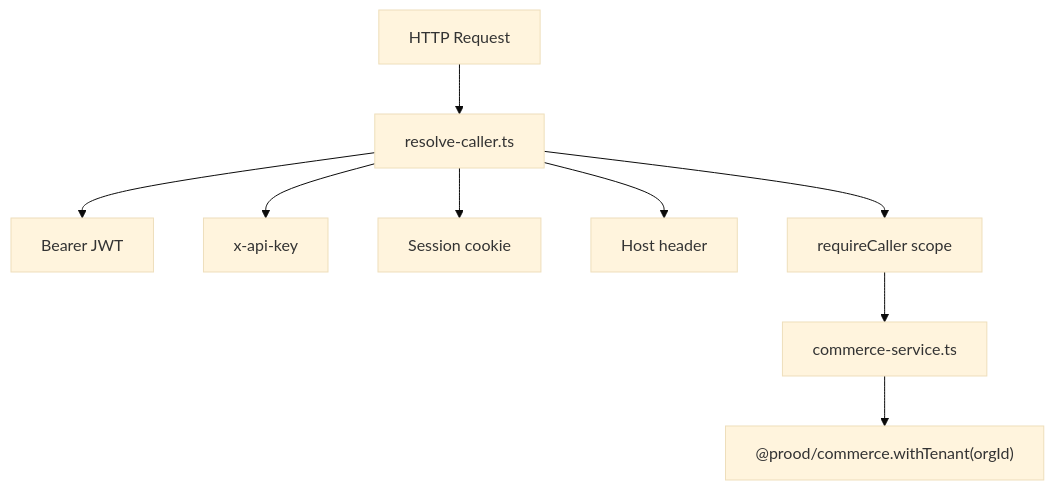
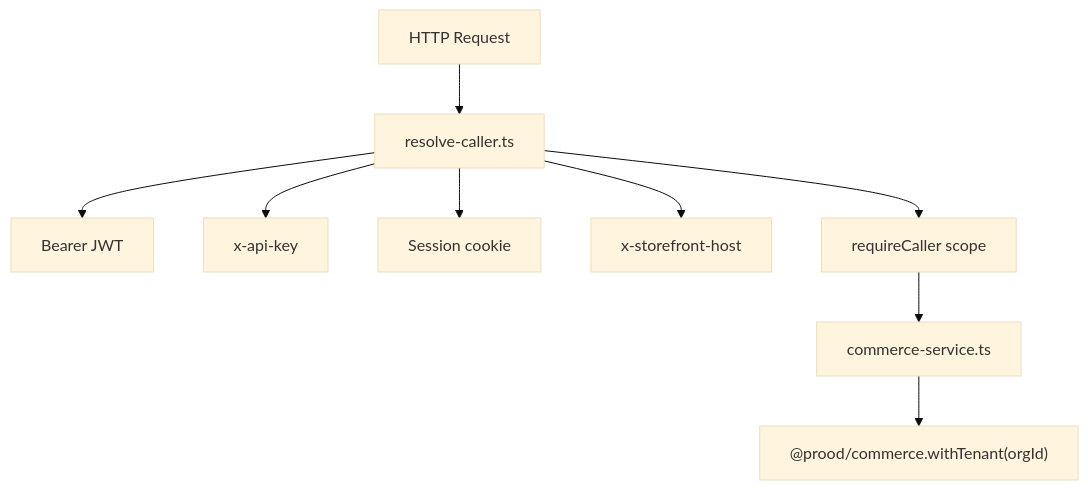
Before and after one commit to rodrigobarona/prood-commerce-platform: the diagram in apps/docs/content/docs/apps/api/index.mdx, drawn with Mermaid (base theme). The commit also changed other lines of this file and 152 other files, not shown here.

````diff
--- a/apps/docs/content/docs/apps/api/index.mdx
+++ b/apps/docs/content/docs/apps/api/index.mdx
@@ -23,19 +23,19 @@
 ```mermaid
 flowchart TB
   REQ[HTTP Request]
   RESOLVE[resolve-caller.ts]
   JWT[Bearer JWT]
   KEY[x-api-key]
   SESS[Session cookie]
-  HOST[Host header]
+  HOST[x-storefront-host]
   AUTH[requireCaller scope]
   SVC[commerce-service.ts]
   COM["@prood/commerce.withTenant(orgId)"]
 
   REQ --> RESOLVE
   RESOLVE --> JWT
   RESOLVE --> KEY
   RESOLVE --> SESS
   RESOLVE --> HOST
   RESOLVE --> AUTH --> SVC --> COM
 ```
````
